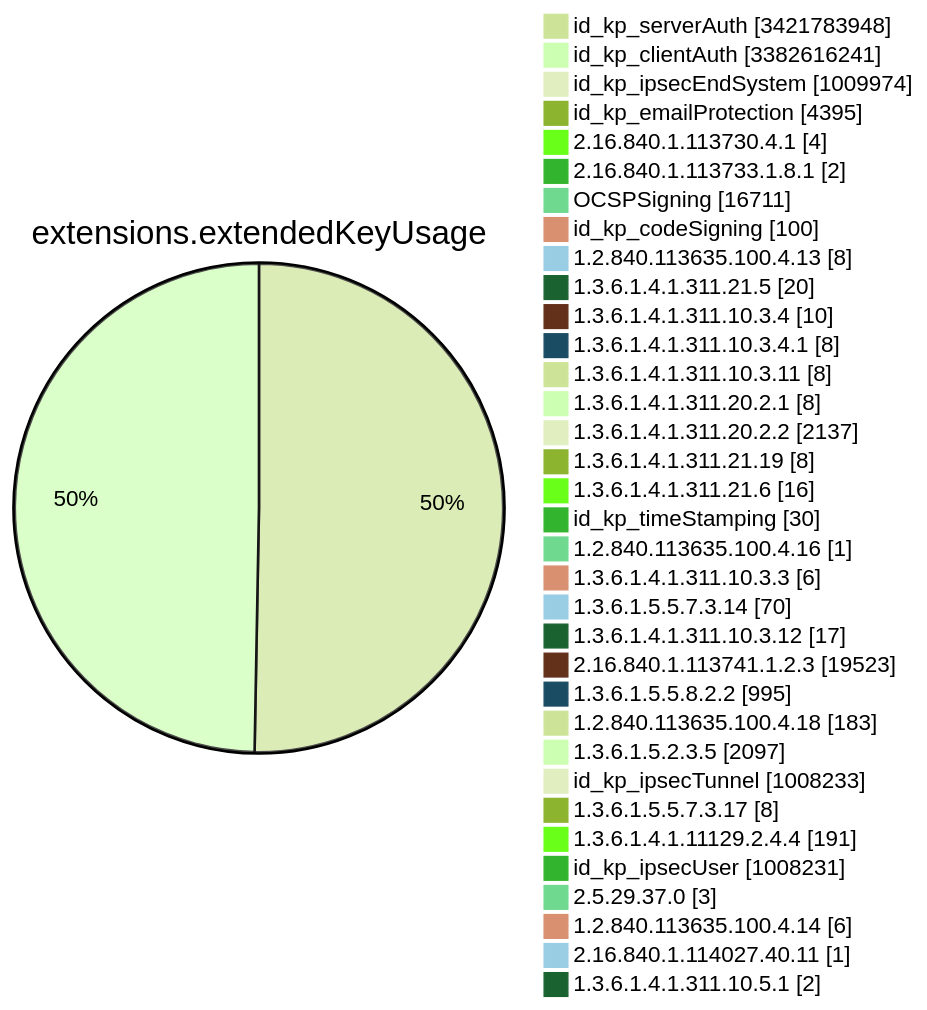
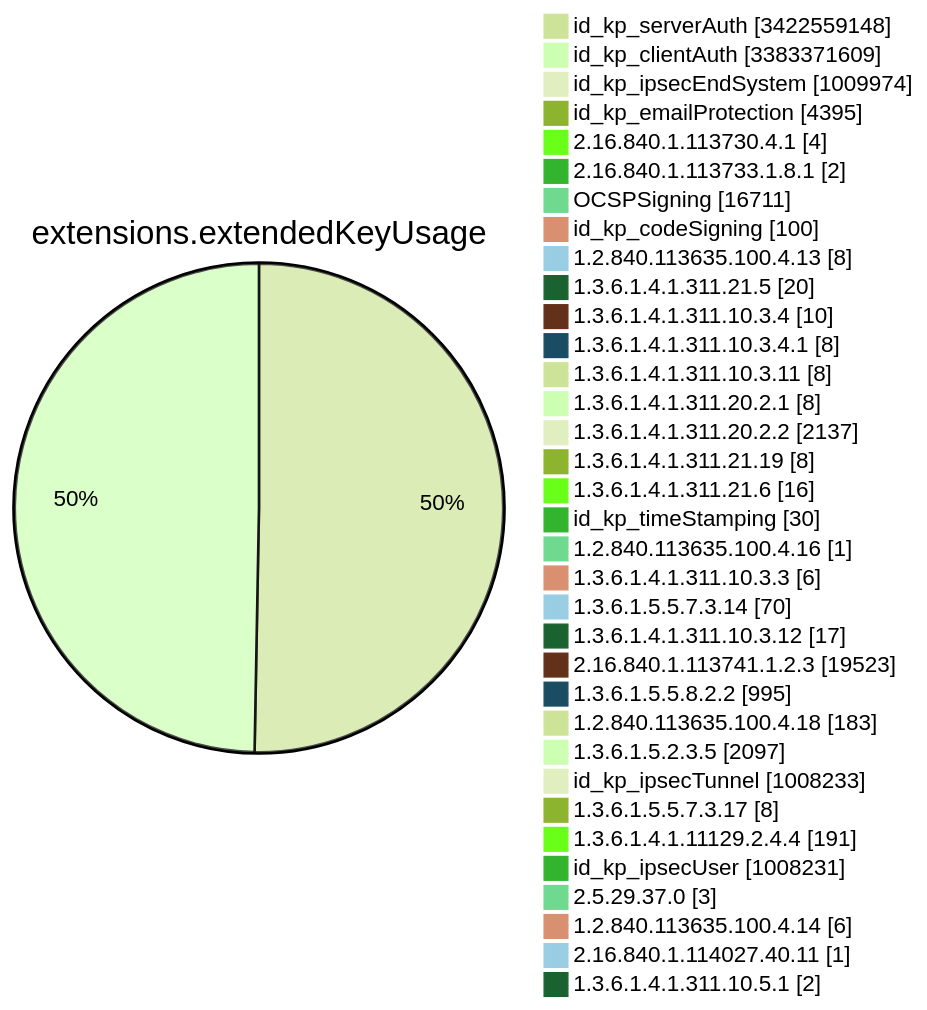
Before and after one commit to christiankrug/ctmonitor_visualization: diagram 11 of 15 in TOTAL/README.md, drawn with Mermaid (forest theme). The commit also changed other lines of this file, not shown here.

````diff
--- a/TOTAL/README.md
+++ b/TOTAL/README.md
@@ -4121,38 +4121,38 @@
 ```mermaid
 pie showData
 title extensions.extendedKeyUsage
-"id_kp_serverAuth" :3421783948
-"id_kp_clientAuth" :3382616241
+"id_kp_serverAuth" :3422559148
+"id_kp_clientAuth" :3383371609
 "id_kp_ipsecEndSystem" :1009974
 "id_kp_emailProtection" :4395
 "2.16.840.1.113730.4.1" :4
 "2.16.840.1.113733.1.8.1" :2
 "OCSPSigning" :16711
 "id_kp_codeSigning" :100
 "1.2.840.113635.100.4.13" :8
 "1.3.6.1.4.1.311.21.5" :20
 "1.3.6.1.4.1.311.10.3.4" :10
 "1.3.6.1.4.1.311.10.3.4.1" :8
 "1.3.6.1.4.1.311.10.3.11" :8
 "1.3.6.1.4.1.311.20.2.1" :8
 "1.3.6.1.4.1.311.20.2.2" :2137
 "1.3.6.1.4.1.311.21.19" :8
 "1.3.6.1.4.1.311.21.6" :16
 "id_kp_timeStamping" :30
 "1.2.840.113635.100.4.16" :1
 "1.3.6.1.4.1.311.10.3.3" :6
 "1.3.6.1.5.5.7.3.14" :70
 "1.3.6.1.4.1.311.10.3.12" :17
 "2.16.840.1.113741.1.2.3" :19523
 "1.3.6.1.5.5.8.2.2" :995
 "1.2.840.113635.100.4.18" :183
 "1.3.6.1.5.2.3.5" :2097
 "id_kp_ipsecTunnel" :1008233
 "1.3.6.1.5.5.7.3.17" :8
 "1.3.6.1.4.1.11129.2.4.4" :191
 "id_kp_ipsecUser" :1008231
 "2.5.29.37.0" :3
 "1.2.840.113635.100.4.14" :6
 "2.16.840.1.114027.40.11" :1
 "1.3.6.1.4.1.311.10.5.1" :2
 ```
````
